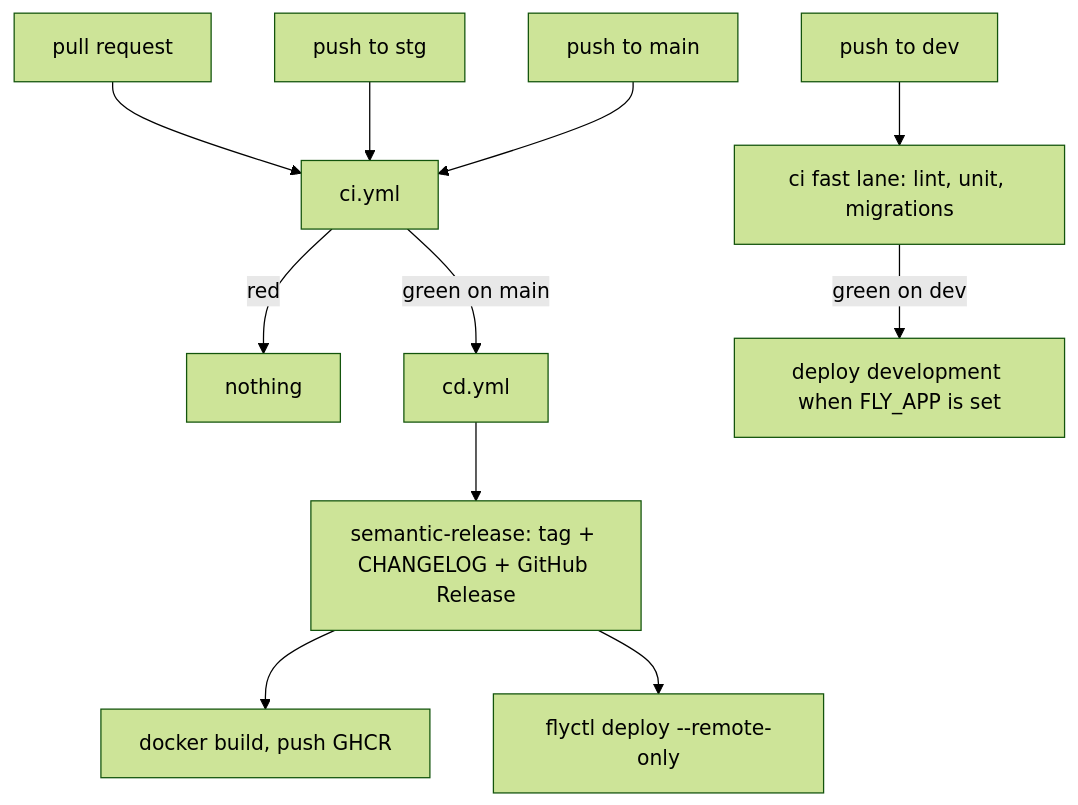
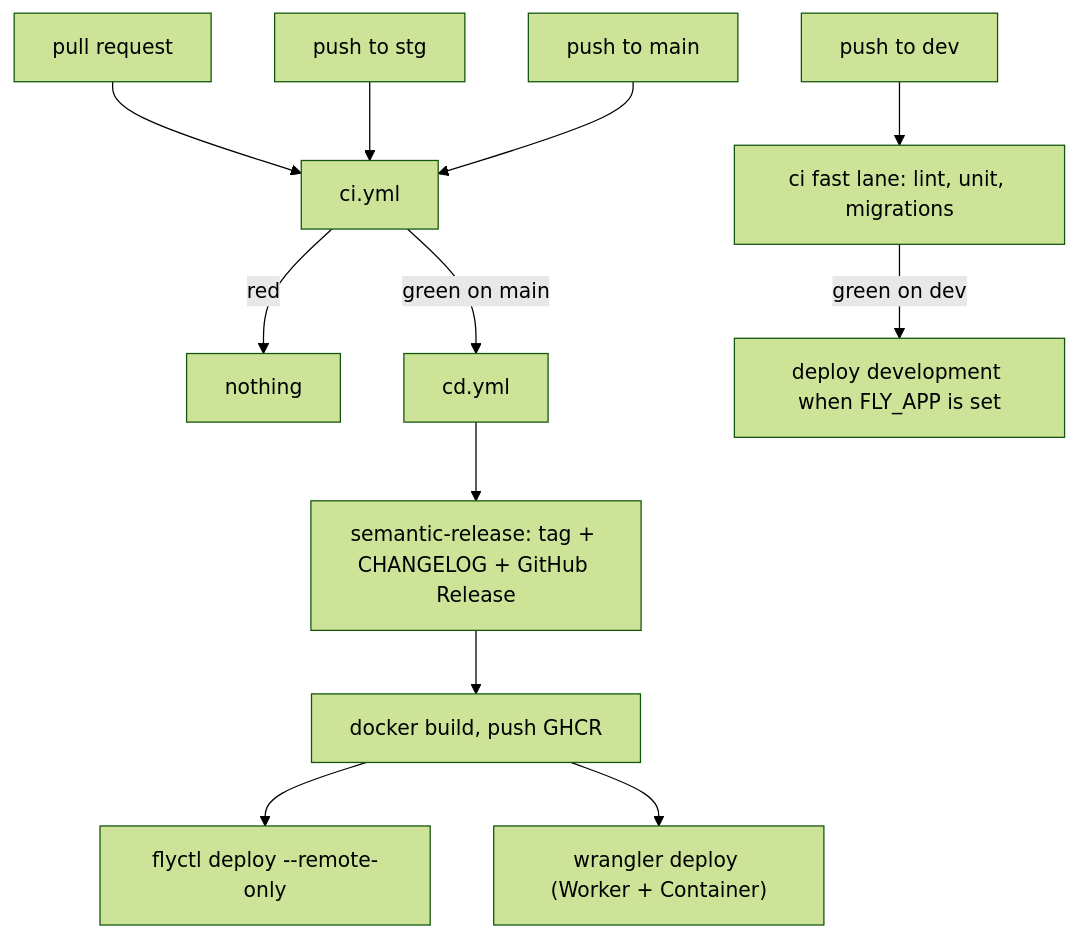
The diagram in docs/deployment.md (kwami-labs/kwami-lk-api), drawn with Mermaid (forest theme) before and after one commit. The commit also changed other lines of this file and 2 other files, not shown here.

First line of the commit message:
docs: document Cloudflare deploy, remaining env, and the 1.x line

````diff
--- a/docs/deployment.md
+++ b/docs/deployment.md
@@ -8,15 +8,16 @@
 ```mermaid
 flowchart TD
   PR["pull request"] --> CI["ci.yml"]
   DEV["push to dev"] --> FAST["ci fast lane: lint, unit, migrations"]
   STG["push to stg"] --> CI
   MAIN["push to main"] --> CI
 
   CI -->|red| STOP[nothing]
   CI -->|green on main| CD["cd.yml"]
   FAST -->|green on dev| DEVDEP["deploy development when FLY_APP is set"]
 
   CD --> REL["semantic-release: tag + CHANGELOG + GitHub Release"]
   REL --> PUB["docker build, push GHCR"]
-  REL --> FLY["flyctl deploy --remote-only"]
+  PUB --> FLY["flyctl deploy --remote-only"]
+  PUB --> CF["wrangler deploy (Worker + Container)"]
 ```
````
